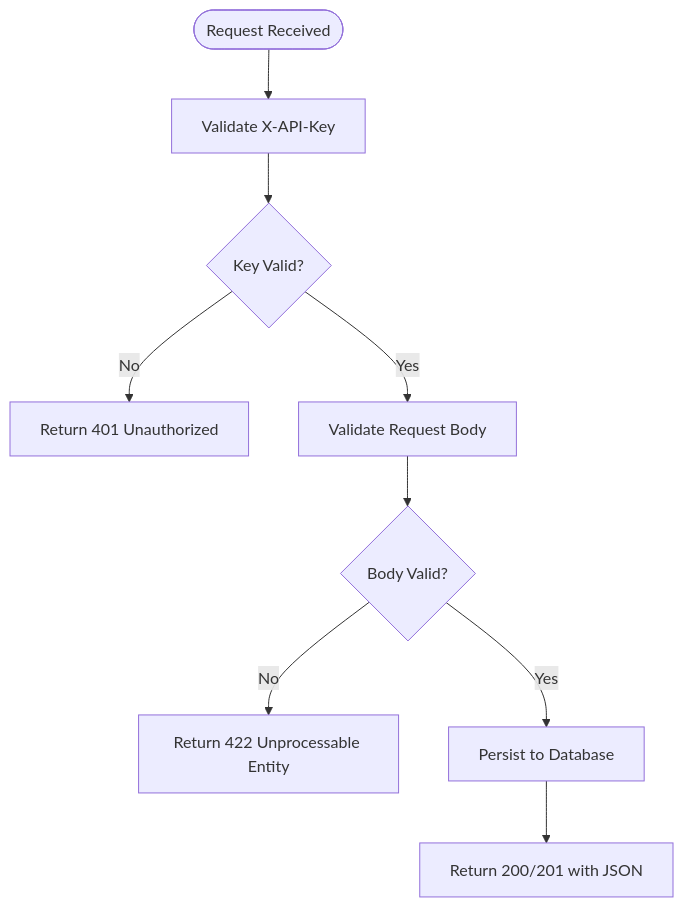
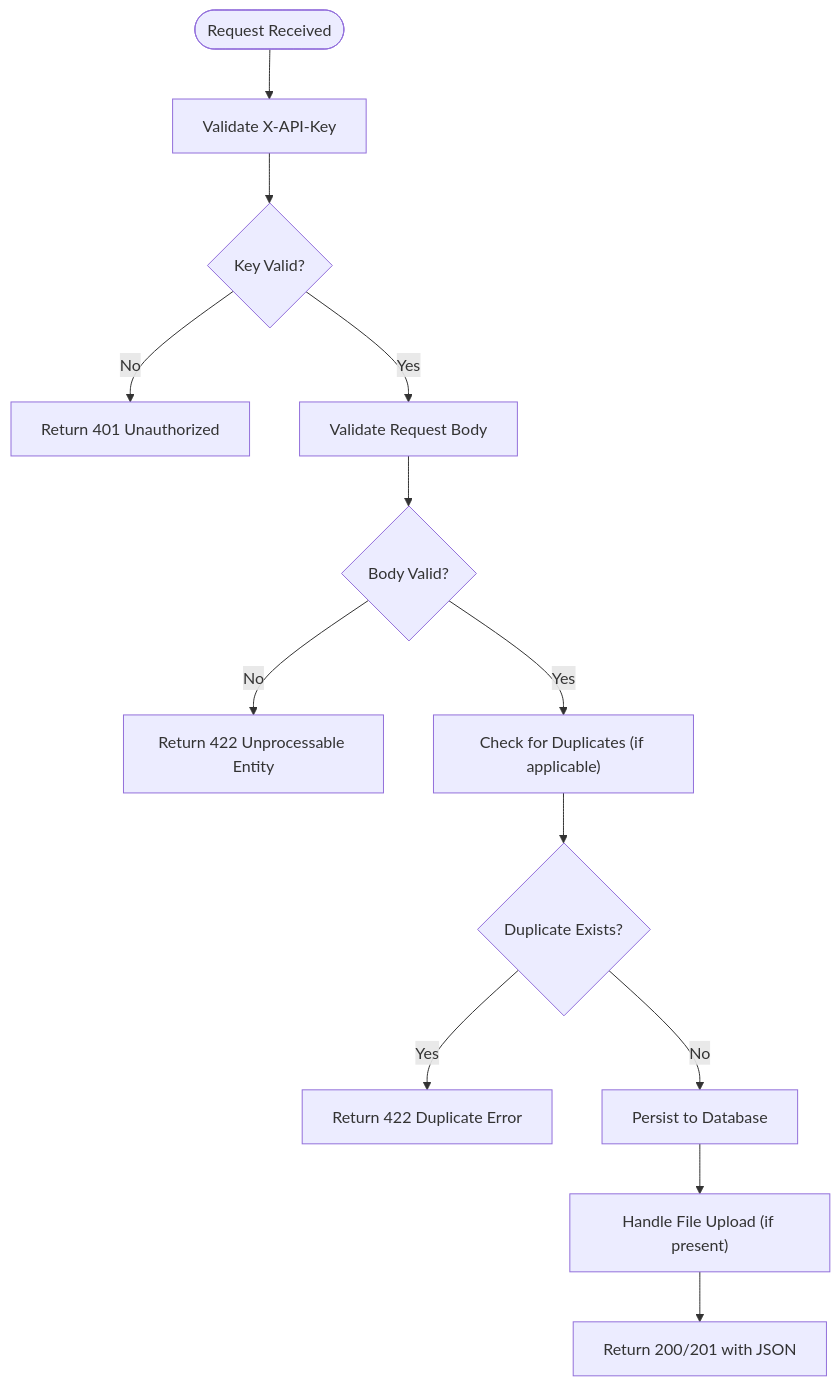
One commit to backuppapnj/api-web changed the fifth of 5 diagrams in .qoder/repowiki/en/content/API Reference/Protected Endpoints (Full CRUD)/Protected Endpoints (Full CRUD).md. Above: the diagram before and after it, drawn with Mermaid. The commit also changed other lines of this file and 13 other files, not shown here.

````diff
--- a/.qoder/repowiki/en/content/API Reference/Protected Endpoints (Full CRUD)/Protected Endpoints (Full CRUD).md
+++ b/.qoder/repowiki/en/content/API Reference/Protected Endpoints (Full CRUD)/Protected Endpoints (Full CRUD).md
@@ -682,11 +788,15 @@
 ```mermaid
 flowchart TD
 Start(["Request Received"]) --> ValidateKey["Validate X-API-Key"]
 ValidateKey --> KeyValid{"Key Valid?"}
 KeyValid --> |No| Return401["Return 401 Unauthorized"]
 KeyValid --> |Yes| ValidateBody["Validate Request Body"]
 ValidateBody --> BodyValid{"Body Valid?"}
 BodyValid --> |No| Return422["Return 422 Unprocessable Entity"]
-BodyValid --> |Yes| Persist["Persist to Database"]
-Persist --> Return200["Return 200/201 with JSON"]
+BodyValid --> |Yes| CheckDuplicate["Check for Duplicates (if applicable)"]
+CheckDuplicate --> DupValid{"Duplicate Exists?"}
+DupValid --> |Yes| Return422Dup["Return 422 Duplicate Error"]
+DupValid --> |No| Persist["Persist to Database"]
+Persist --> UploadFile["Handle File Upload (if present)"]
+UploadFile --> Return200["Return 200/201 with JSON"]
 ```
````
